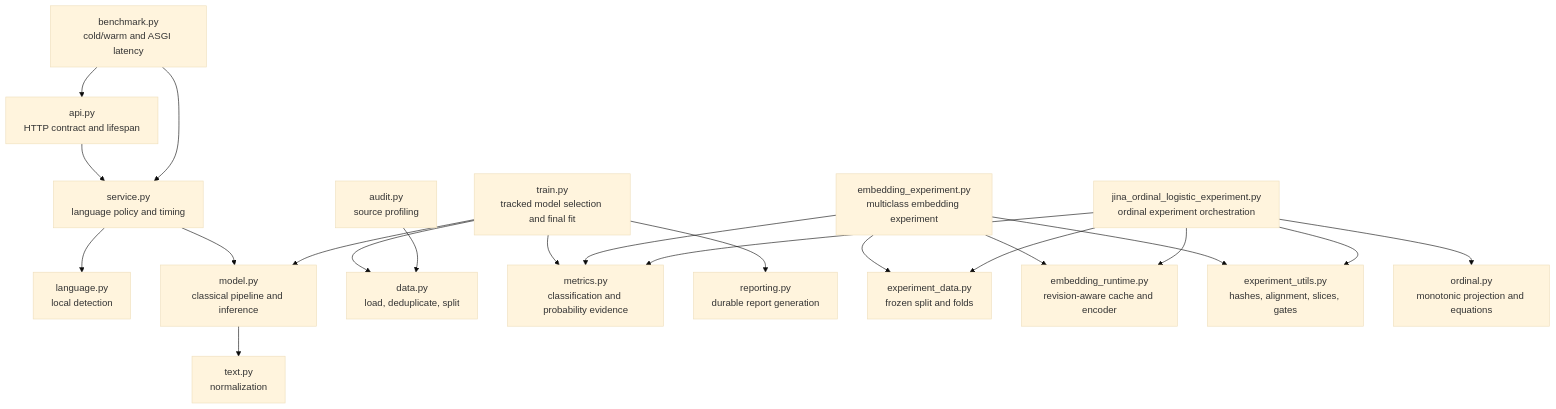
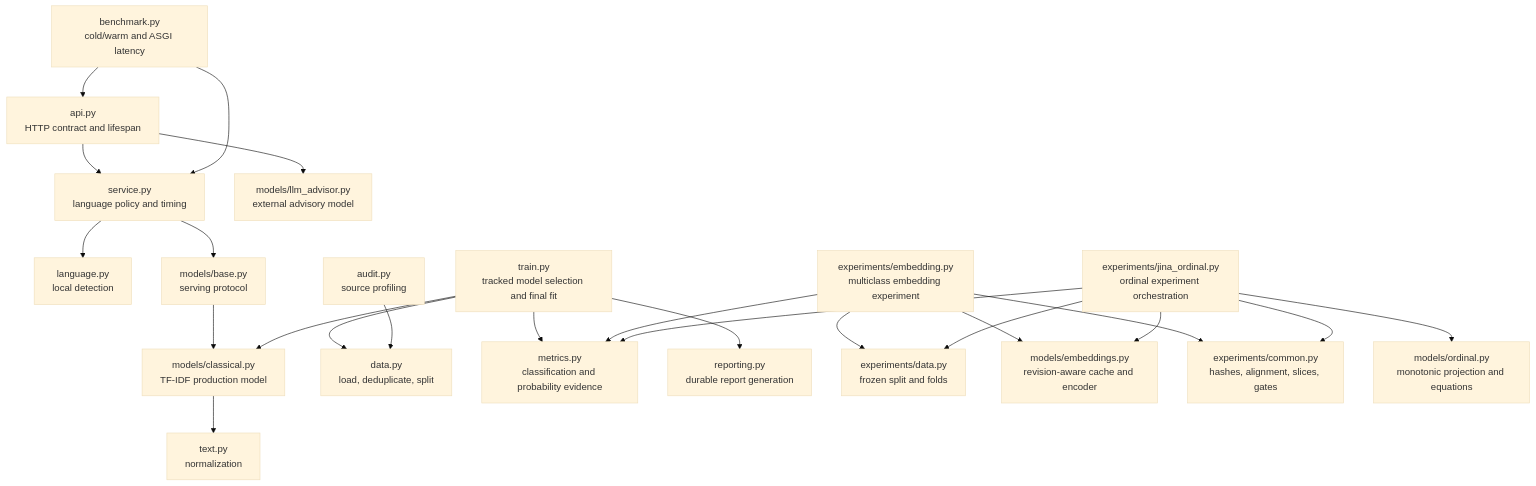
The third of 5 diagrams in docs/ARCHITECTURE.md (ylceadap/sentiment-analysis), drawn with Mermaid (base theme) before and after one commit. The commit also changed other lines of this file and 42 other files, not shown here.

Commit message:
refactor: separate model and experiment packages

````diff
--- a/docs/ARCHITECTURE.md
+++ b/docs/ARCHITECTURE.md
@@ -72,26 +72,28 @@
 ```mermaid
 flowchart TB
     api["api.py\nHTTP contract and lifespan"] --> service["service.py\nlanguage policy and timing"]
     service --> language["language.py\nlocal detection"]
-    service --> model["model.py\nclassical pipeline and inference"]
+    service --> contract["models/base.py\nserving protocol"]
+    contract --> model["models/classical.py\nTF-IDF production model"]
     model --> text["text.py\nnormalization"]
+    api --> advisor["models/llm_advisor.py\nexternal advisory model"]
 
     train["train.py\ntracked model selection and final fit"] --> data["data.py\nload, deduplicate, split"]
     train --> model
     train --> metrics["metrics.py\nclassification and probability evidence"]
     train --> reporting["reporting.py\ndurable report generation"]
 
-    embed["embedding_experiment.py\nmulticlass embedding experiment"] --> prepared["experiment_data.py\nfrozen split and folds"]
-    embed --> runtime["embedding_runtime.py\nrevision-aware cache and encoder"]
-    embed --> utilities["experiment_utils.py\nhashes, alignment, slices, gates"]
-    ordinalexp["jina_ordinal_logistic_experiment.py\nordinal experiment orchestration"] --> prepared
+    embed["experiments/embedding.py\nmulticlass embedding experiment"] --> prepared["experiments/data.py\nfrozen split and folds"]
+    embed --> runtime["models/embeddings.py\nrevision-aware cache and encoder"]
+    embed --> utilities["experiments/common.py\nhashes, alignment, slices, gates"]
+    ordinalexp["experiments/jina_ordinal.py\nordinal experiment orchestration"] --> prepared
     ordinalexp --> runtime
     ordinalexp --> utilities
-    ordinalexp --> ordinalmath["ordinal.py\nmonotonic projection and equations"]
+    ordinalexp --> ordinalmath["models/ordinal.py\nmonotonic projection and equations"]
     embed --> metrics
     ordinalexp --> metrics
 
     benchmark["benchmark.py\ncold/warm and ASGI latency"] --> api
     benchmark --> service
     audit["audit.py\nsource profiling"] --> data
 ```
````
